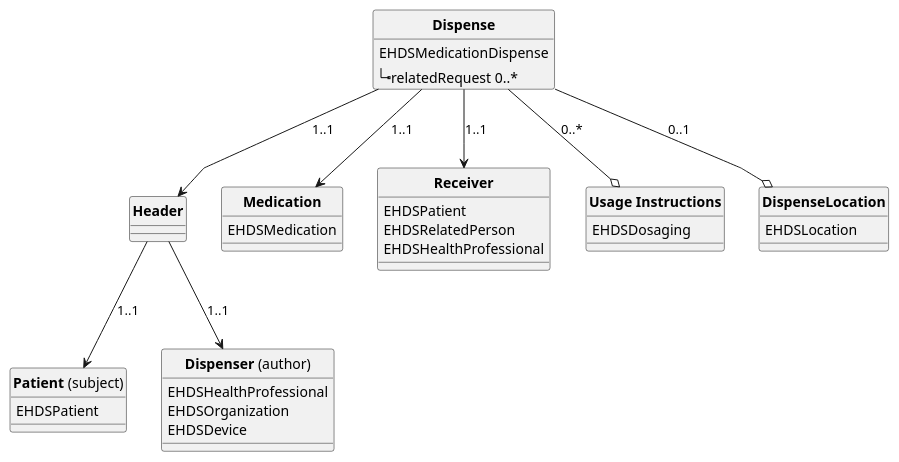
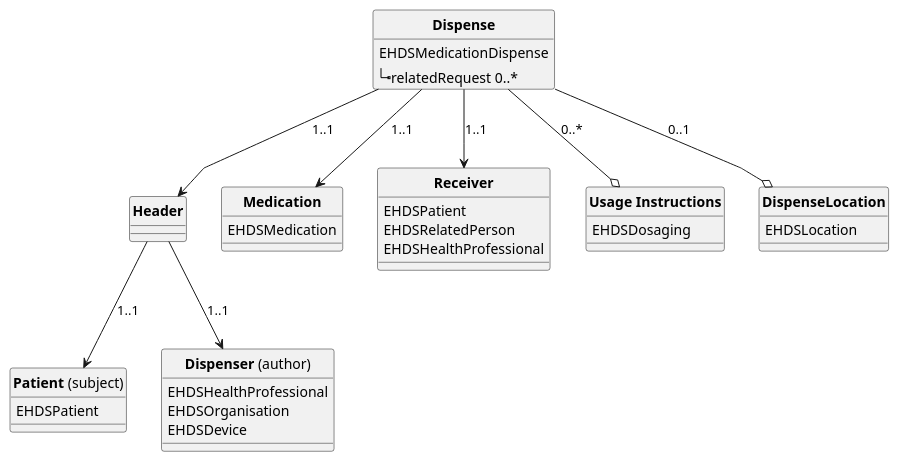
One commit to Xt-EHR/xt-ehr-common changed the diagram in input/images-source/dispense.plantuml. Above: the diagram before and after it, drawn with PlantUML. The commit also changed 16 other files, not shown here.

```diff
--- a/input/images-source/dispense.plantuml
+++ b/input/images-source/dispense.plantuml
@@ -1,57 +1,57 @@
 @startuml
 skinparam linetype polyline
 hide circle
 hide stereotype
 
 
 class "**Dispense**" as eD{
   EHDSMedicationDispense
   |_relatedRequest 0..*  
 }
 
 
 eD --> Header: "1..1"
 eD --> Medication: "1..1"
 eD --> Receiver: "1..1"
 eD --o Dosage: "0..*"
 eD --o Location: "0..1"
 
 class "**Header**" as Header{
 
 }
 
 Header --> Patient: "1..1"
 Header --> Dispenser: "1..1"
 
 
 class "**Dispenser** (author)" as Dispenser{
   EHDSHealthProfessional   
-  EHDSOrganization
+  EHDSOrganisation
   EHDSDevice
 }
 
 class "**Patient** (subject)" as Patient{
   EHDSPatient   
 
 }
 
 class "**Receiver**" as Receiver{ 
   EHDSPatient
   EHDSRelatedPerson
   EHDSHealthProfessional
 }
 
 class "**DispenseLocation**" as Location{
   EHDSLocation   
 
 }
 class "**Usage Instructions**" as Dosage{
   EHDSDosaging   
  
 }
 
 class "**Medication**" as Medication{
   EHDSMedication
  
 }
 @enduml
```
